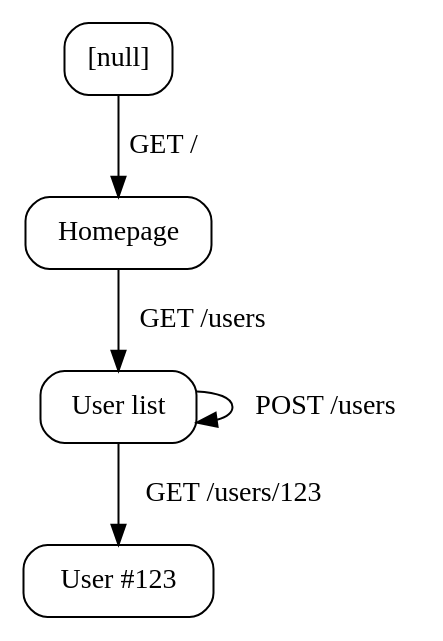
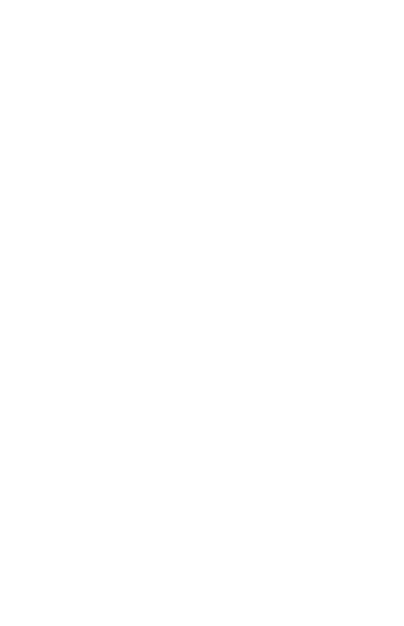
Before and after one commit to willdurand-slides/nobody-understands-rest: the diagram in res/application-state.dot, drawn with Graphviz. The commit also changed 8 other files, not shown here.

```diff
--- a/res/application-state.dot
+++ b/res/application-state.dot
@@ -1,8 +1,10 @@
 digraph AppState {
-    node [style=rounded, shape=box, fixedsize=false];
+    graph [bgcolor=transparent,color=white,fontcolor=white];
+    node [style=rounded, shape=box, fixedsize=false,color=white,fontcolor=white];
+    edge [color=white,fontcolor=white];
 
     "[null]" -> "Homepage" [label = " GET /"]
     "Homepage" -> "User list" [label = " GET /users"]
     "User list" -> "User list" [label = " POST /users"]
     "User list" -> "User #123" [label = " GET /users/123"]
 }
```
